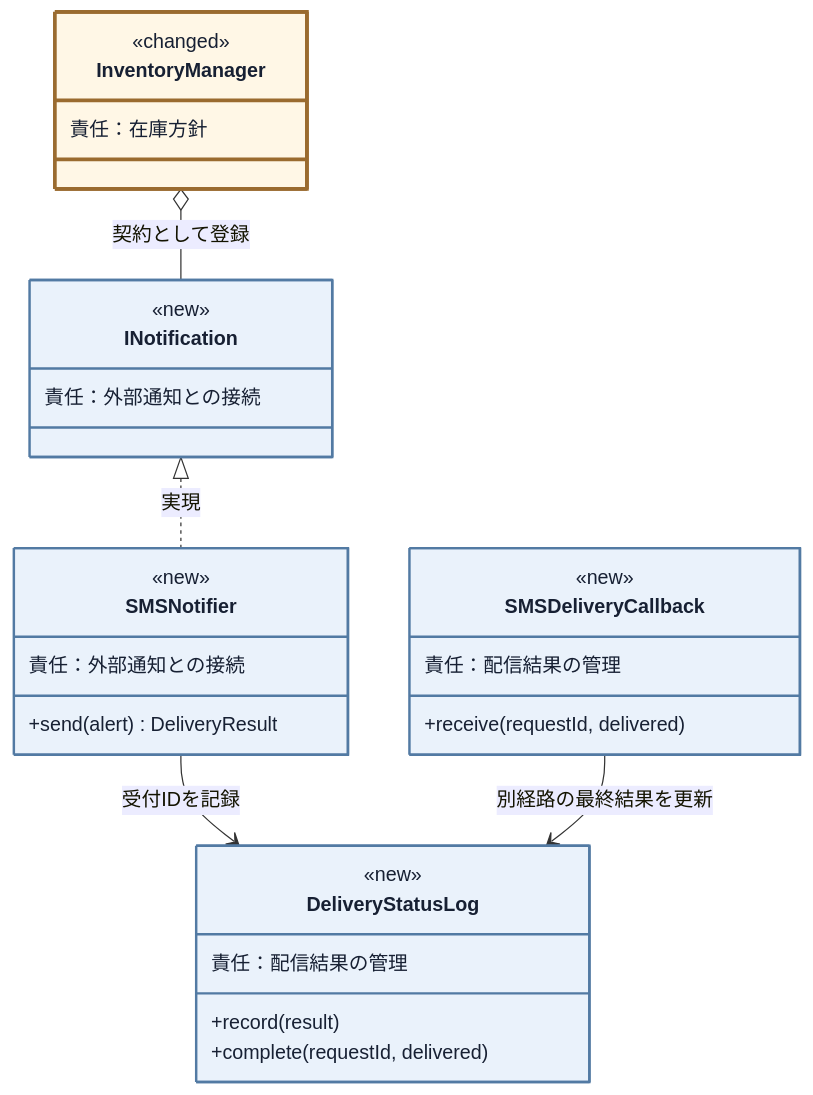
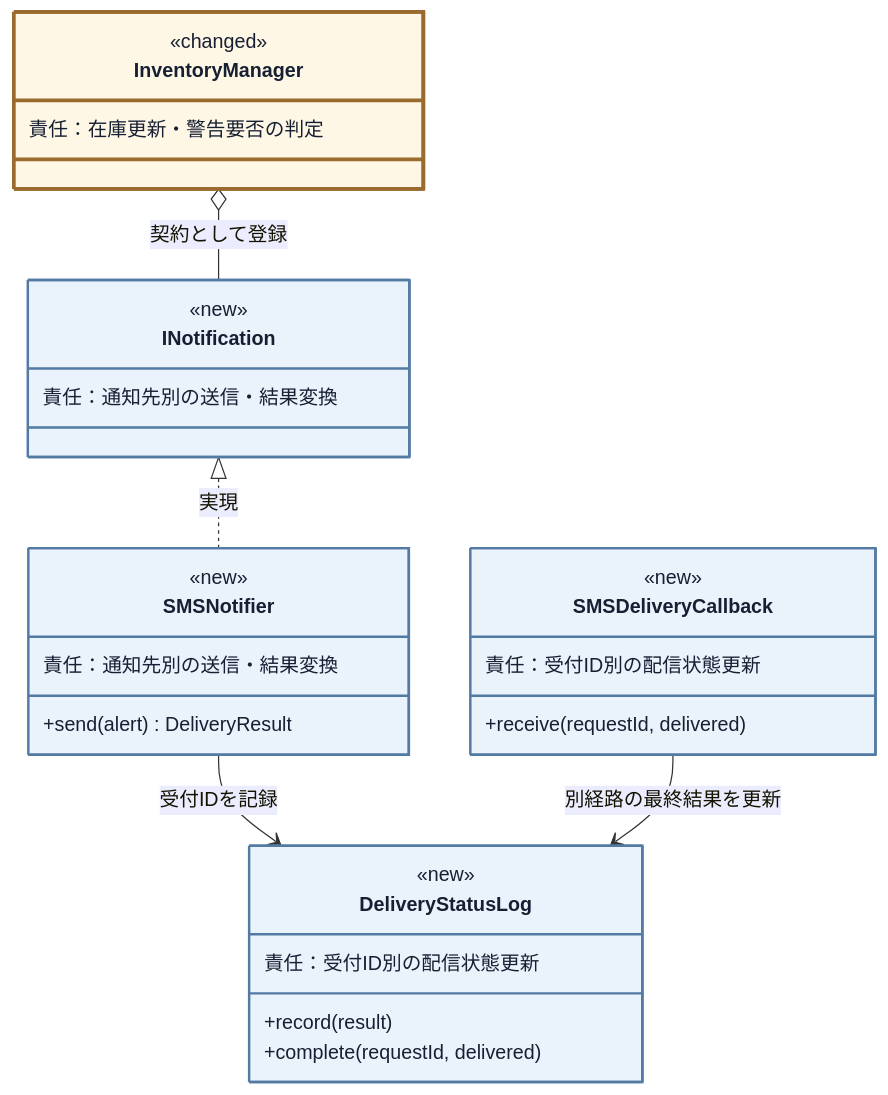
Diagram 11 of 18 in kindle/design-patterns/books/volume01-core-patterns/output/05-chapter03.md (kumachan1101-pixel/DesignPattern), drawn with Mermaid before and after one commit. The commit also changed other lines of this file and 17 other files, not shown here.

````diff
--- a/kindle/design-patterns/books/volume01-core-patterns/output/05-chapter03.md
+++ b/kindle/design-patterns/books/volume01-core-patterns/output/05-chapter03.md
@@ -1725,36 +1659,36 @@
 ```mermaid
 classDiagram
     direction TB
     class InventoryManager:::touched {
         <<changed>>
-        責任：在庫方針
+        責任：在庫更新・警告要否の判定
     }
     class INotification:::added {
         <<new>>
         <<interface>>
-        責任：外部通知との接続
+        責任：通知先別の送信・結果変換
     }
     class SMSNotifier:::added {
         <<new>>
-        責任：外部通知との接続
+        責任：通知先別の送信・結果変換
         +send(alert) DeliveryResult
     }
     class DeliveryStatusLog:::added {
         <<new>>
-        責任：配信結果の管理
+        責任：受付ID別の配信状態更新
         +record(result)
         +complete(requestId, delivered)
     }
     class SMSDeliveryCallback:::added {
         <<new>>
-        責任：配信結果の管理
+        責任：受付ID別の配信状態更新
         +receive(requestId, delivered)
     }
     InventoryManager o-- INotification : 契約として登録
     INotification <|.. SMSNotifier : 実現
     SMSNotifier --> DeliveryStatusLog : 受付IDを記録
     SMSDeliveryCallback --> DeliveryStatusLog : 別経路の最終結果を更新
 
     classDef added fill:#eaf2fb,stroke:#527aa3,stroke-width:2px,color:#172033;
     classDef touched fill:#fff7e6,stroke:#9a6b2f,stroke-width:3px,color:#172033;
 ```
````
